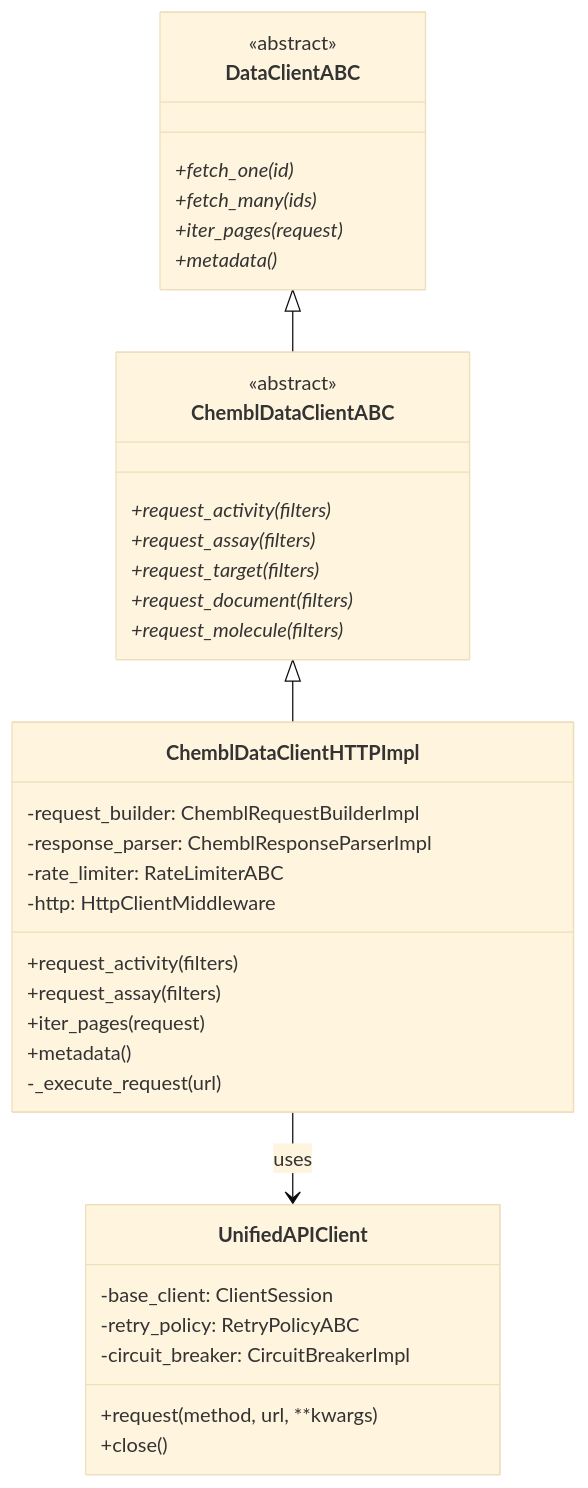
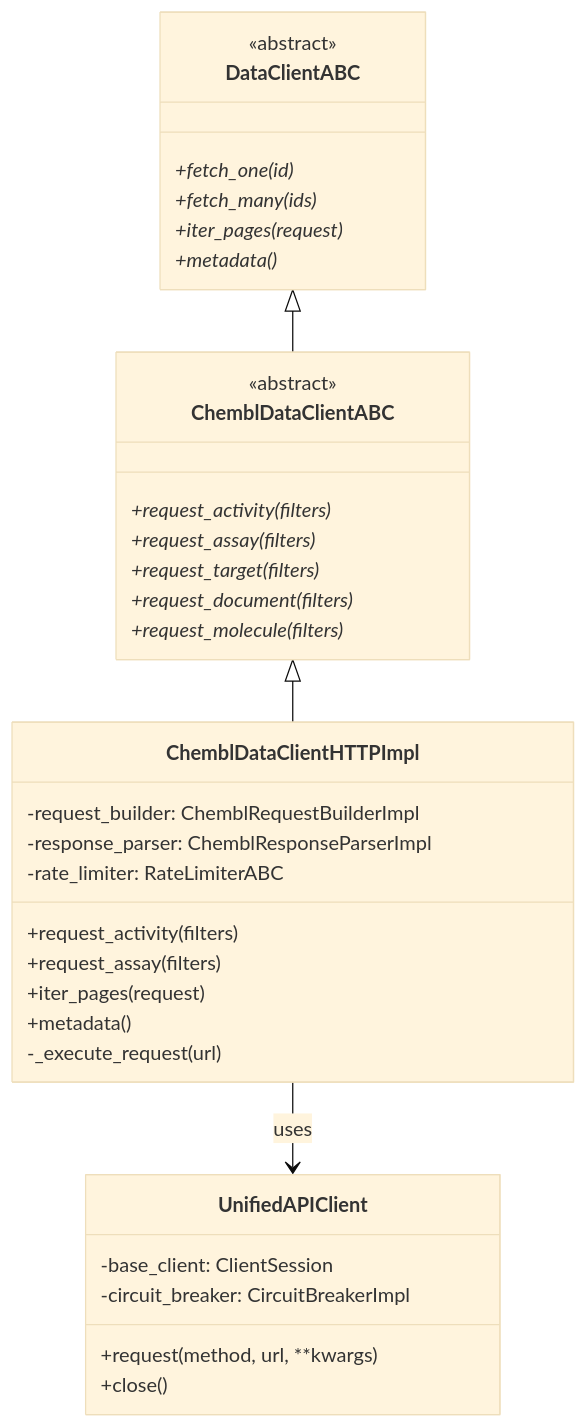
One commit to SatoryKono/BioactivityDataAcquisition changed the first of 9 diagrams in docs/architecture/15-class-diagrams-infrastructure.md. Above: the diagram before and after it, drawn with Mermaid (base theme). The commit also changed other lines of this file and 24 other files, not shown here.

````diff
--- a/docs/architecture/15-class-diagrams-infrastructure.md
+++ b/docs/architecture/15-class-diagrams-infrastructure.md
@@ -9,46 +9,44 @@
 ```mermaid
 ---
 id: 9f5e7de8-3350-47cb-8b63-8ec00ddc9944
 ---
 classDiagram
     class DataClientABC {
         <<abstract>>
         +fetch_one(id)*
         +fetch_many(ids)*
         +iter_pages(request)*
         +metadata()*
     }
 
     class ChemblDataClientABC {
         <<abstract>>
         +request_activity(filters)*
         +request_assay(filters)*
         +request_target(filters)*
         +request_document(filters)*
         +request_molecule(filters)*
     }
 
     class ChemblDataClientHTTPImpl {
         -request_builder: ChemblRequestBuilderImpl
         -response_parser: ChemblResponseParserImpl
         -rate_limiter: RateLimiterABC
-        -http: HttpClientMiddleware
         +request_activity(filters)
         +request_assay(filters)
         +iter_pages(request)
         +metadata()
         -_execute_request(url)
     }
 
     class UnifiedAPIClient {
         -base_client: ClientSession
-        -retry_policy: RetryPolicyABC
         -circuit_breaker: CircuitBreakerImpl
         +request(method, url, **kwargs)
         +close()
     }
 
     DataClientABC <|-- ChemblDataClientABC
     ChemblDataClientABC <|-- ChemblDataClientHTTPImpl
     ChemblDataClientHTTPImpl --> UnifiedAPIClient : uses
 ```
````
